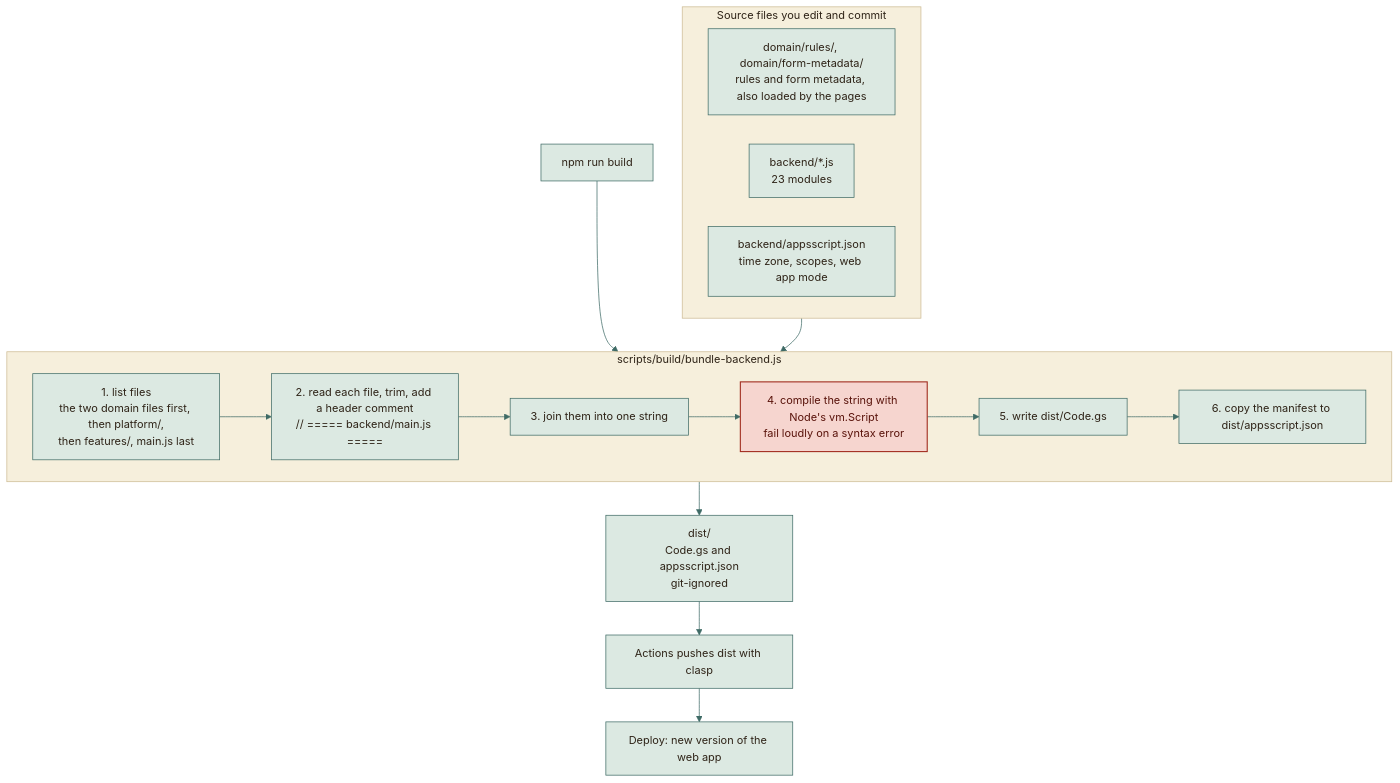
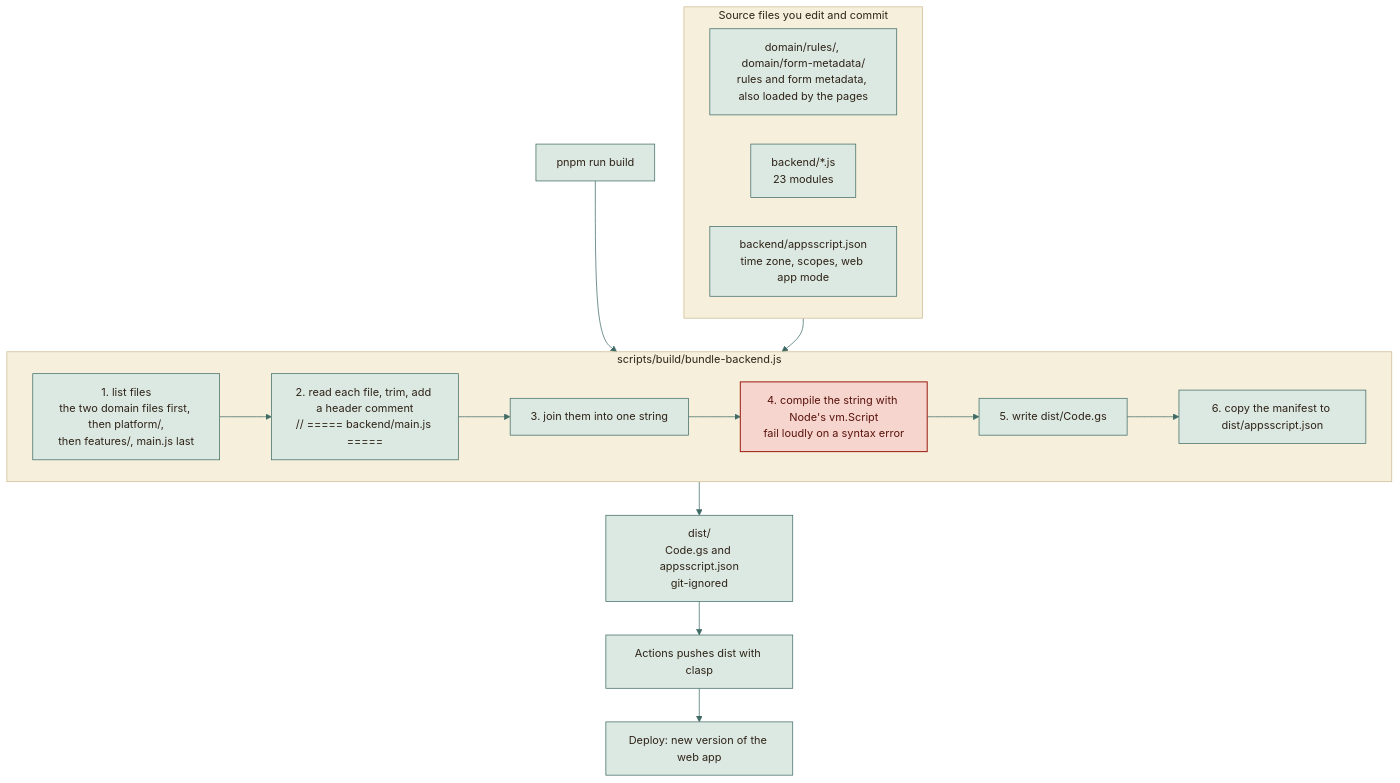
Before and after one commit to moyeh04/forms-platform: the first of 4 diagrams in docs/architecture/BUILD-PIPELINE.md, drawn with Mermaid. The commit also changed other lines of this file and 26 other files, not shown here.

First line of the commit message:
build(deps): Install with pnpm in place of npm

````diff
--- a/docs/architecture/BUILD-PIPELINE.md
+++ b/docs/architecture/BUILD-PIPELINE.md
@@ -32,54 +32,54 @@
 ```mermaid
 %%{init: {
   'theme': 'base',
   'themeVariables': {
     'fontFamily': 'ui-sans-serif, system-ui, -apple-system, Segoe UI, Roboto, sans-serif',
     'fontSize': '15px',
     'primaryColor': '#DCE9E2', 'primaryBorderColor': '#3F6B66', 'primaryTextColor': '#2F2418',
     'secondaryColor': '#F0E4C8', 'secondaryBorderColor': '#C9A24A', 'secondaryTextColor': '#2F2418',
     'tertiaryColor': '#F6EFDC', 'tertiaryBorderColor': '#CDBB94', 'tertiaryTextColor': '#2F2418',
     'lineColor': '#3F6B66', 'textColor': '#2F2418', 'mainBkg': '#DCE9E2', 'nodeBorder': '#3F6B66',
     'clusterBkg': '#F6EFDC', 'clusterBorder': '#CDBB94', 'titleColor': '#2F2418',
     'edgeLabelBackground': '#F8F1DD',
     'actorBkg': '#DCE9E2', 'actorBorder': '#3F6B66', 'actorTextColor': '#2F2418', 'actorLineColor': '#8FB3AB',
     'signalColor': '#477A73', 'signalTextColor': '#477A73',
     'labelBoxBkgColor': '#F0E4C8', 'labelBoxBorderColor': '#C9A24A', 'labelTextColor': '#2F2418', 'loopTextColor': '#6A5A44',
     'noteBkgColor': '#FBEFC9', 'noteBorderColor': '#C9A24A', 'noteTextColor': '#2F2418',
     'activationBkgColor': '#DCE9E2', 'activationBorderColor': '#3F6B66', 'sequenceNumberColor': '#F8F1DD',
     'transitionColor': '#3F6B66', 'stateLabelColor': '#2F2418', 'stateBkg': '#DCE9E2', 'altBackground': '#F6EFDC',
     'attributeBackgroundColorOdd': '#F8F1DD', 'attributeBackgroundColorEven': '#F0E4C8'
   },
   'flowchart': {'curve': 'basis', 'padding': 14, 'nodeSpacing': 40, 'rankSpacing': 46},
   'sequence': {'mirrorActors': false, 'messageMargin': 34, 'boxMargin': 8}
 }}%%
 flowchart TD
     subgraph sources["Source files you edit and commit"]
         rules["domain/rules/, domain/form-metadata/<br/>rules and form metadata, also loaded by the pages"]
         gs["backend/*.js<br/>23 modules"]
         manifest["backend/appsscript.json<br/>time zone, scopes, web app mode"]
     end
 
-    cmd["npm run build"] --> bundler
+    cmd["pnpm run build"] --> bundler
 
     subgraph bundler["scripts/build/bundle-backend.js"]
         s1["1. list files<br/>the two domain files first, then platform/,<br/>then features/, main.js last"]
         s2["2. read each file, trim, add a header comment<br/>// ===== backend/main.js ====="]
         s3["3. join them into one string"]
         s4["4. compile the string with Node's vm.Script<br/>fail loudly on a syntax error"]
         s5["5. write dist/Code.gs"]
         s6["6. copy the manifest to dist/appsscript.json"]
         s1 --> s2 --> s3 --> s4 --> s5 --> s6
     end
 
     sources --> bundler
     bundler --> dist["dist/<br/>Code.gs and appsscript.json<br/>git-ignored"]
     dist --> push["Actions pushes dist with clasp"]
     push --> live["Deploy: new version of the web app"]
     classDef cDb fill:#F3E2B3,stroke:#B8892D,stroke-width:1.5px,color:#2F2418
     classDef cActor fill:#F4D9D3,stroke:#9A3328,stroke-width:1.5px,color:#2F2418
     classDef cDec fill:#FBEFC9,stroke:#C9A24A,stroke-width:1.5px,color:#2F2418
     classDef cEnd fill:#2F2418,stroke:#2F2418,color:#F8F1DD
     classDef cErr fill:#F6D5CF,stroke:#A12B1F,stroke-width:1.5px,color:#5A140C
     classDef cOk fill:#BFD9CF,stroke:#2E5A55,stroke-width:1.5px,color:#17302D
     class s4 cErr
 ```
````
